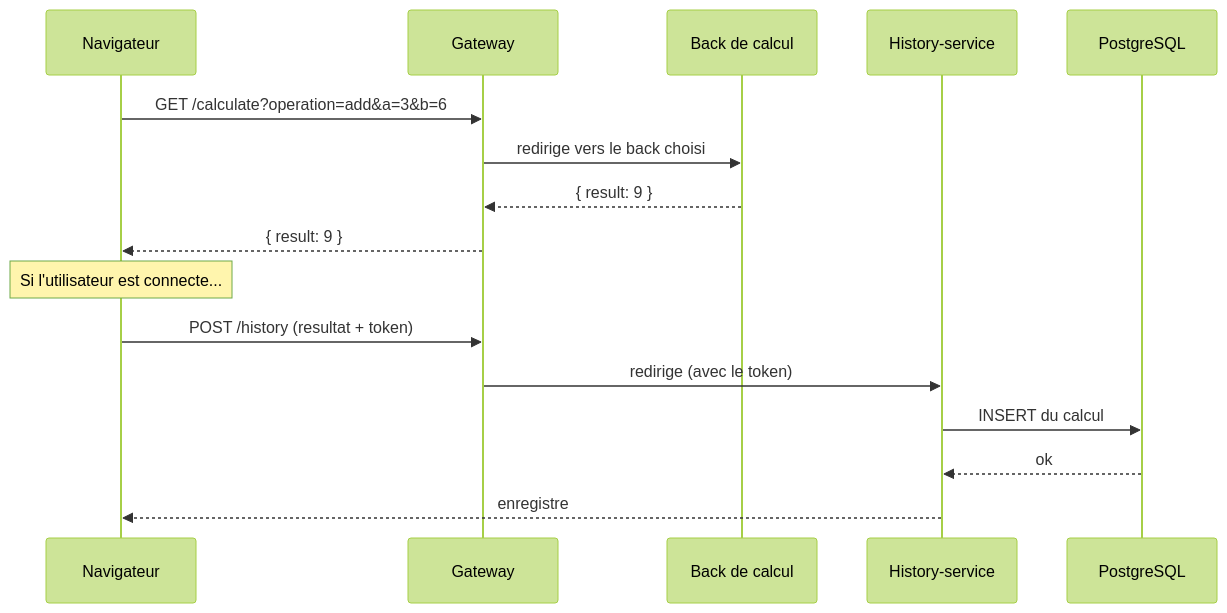
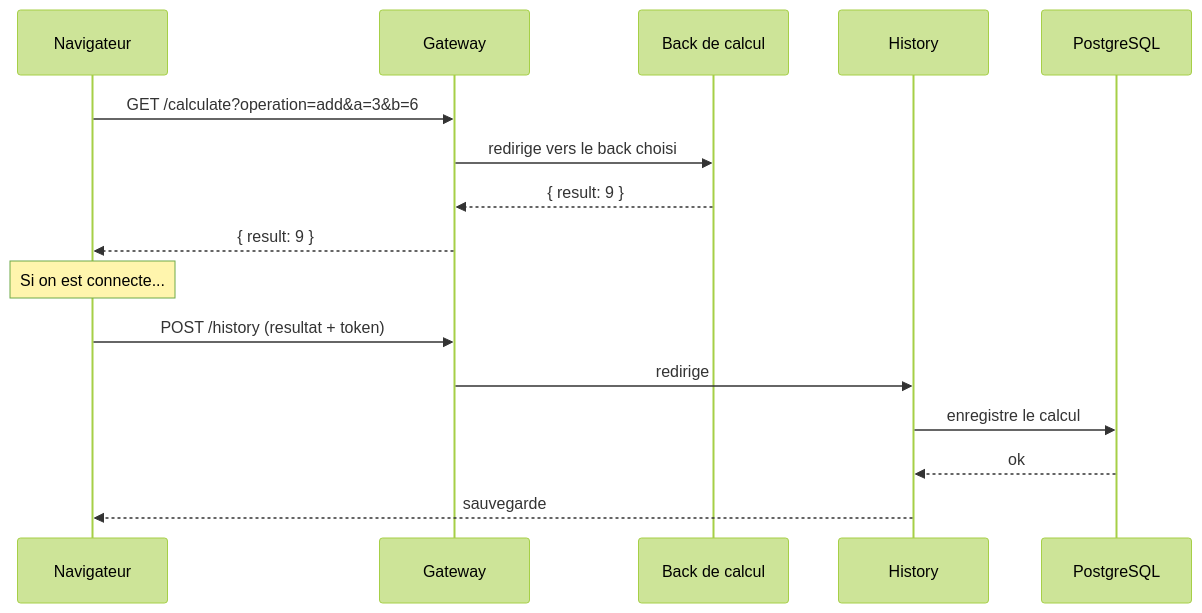
Before and after one commit to Buzz30Gotcho/calculatorapi-js: the second of 4 diagrams in README.md, drawn with Mermaid (forest theme). The commit also changed other lines of this file, not shown here.

````diff
--- a/README.md
+++ b/README.md
@@ -95,19 +88,19 @@
 ```mermaid
 sequenceDiagram
     participant U as Navigateur
     participant G as Gateway
     participant C as Back de calcul
-    participant H as History-service
+    participant H as History
     participant DB as PostgreSQL
 
     U->>G: GET /calculate?operation=add&a=3&b=6
     G->>C: redirige vers le back choisi
     C-->>G: { result: 9 }
     G-->>U: { result: 9 }
-    Note over U: Si l'utilisateur est connecte...
+    Note over U: Si on est connecte...
     U->>G: POST /history (resultat + token)
-    G->>H: redirige (avec le token)
-    H->>DB: INSERT du calcul
+    G->>H: redirige
+    H->>DB: enregistre le calcul
     DB-->>H: ok
-    H-->>U: enregistre
+    H-->>U: sauvegarde
 ```
````
